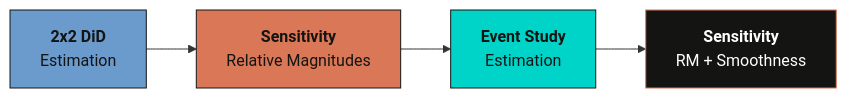
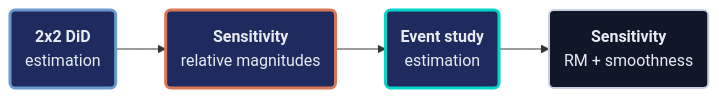
The first of 4 diagrams in content/post/stata_honestdid/index.md (cmg777/starter-academic-v501), drawn with Mermaid before and after one commit. The commit also changed other lines of this file and 13 other files, not shown here.

First line of the commit message:
content(mermaid): restyle flowcharts in Stata posts, batch 1 of 2

````diff
--- a/content/post/stata_honestdid/index.md
+++ b/content/post/stata_honestdid/index.md
@@ -241,11 +241,14 @@
 ```mermaid
 graph LR
-    A["<b>2x2 DiD</b><br/>Estimation"] --> B["<b>Sensitivity</b><br/>Relative Magnitudes"]
-    B --> C["<b>Event Study</b><br/>Estimation"]
-    C --> D["<b>Sensitivity</b><br/>RM + Smoothness"]
-
-    style A fill:#6a9bcc,stroke:#141413,color:#141413
-    style B fill:#d97757,stroke:#141413,color:#141413
-    style C fill:#00d4c8,stroke:#141413,color:#141413
-    style D fill:#141413,stroke:#d97757,color:#fff
+    A("<b>2x2 DiD</b><br/>estimation") --> B("<b>Sensitivity</b><br/>relative magnitudes")
+    B --> C("<b>Event study</b><br/>estimation")
+    C --> D("<b>Sensitivity</b><br/>RM + smoothness")
+    classDef blue fill:#1f2b5e,stroke:#6a9bcc,stroke-width:3px,color:#e8ecf2
+    classDef orange fill:#1f2b5e,stroke:#d97757,stroke-width:3px,color:#e8ecf2
+    classDef teal fill:#1f2b5e,stroke:#00d4c8,stroke-width:3px,color:#e8ecf2
+    classDef anchor fill:#0f1729,stroke:#c8d0e0,stroke-width:2px,color:#e8ecf2
+    class A blue
+    class B orange
+    class C teal
+    class D anchor
 ```
````
